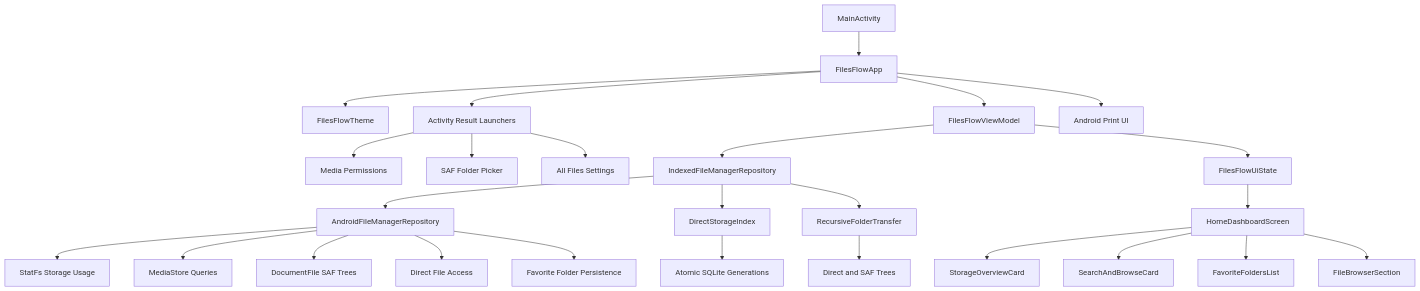
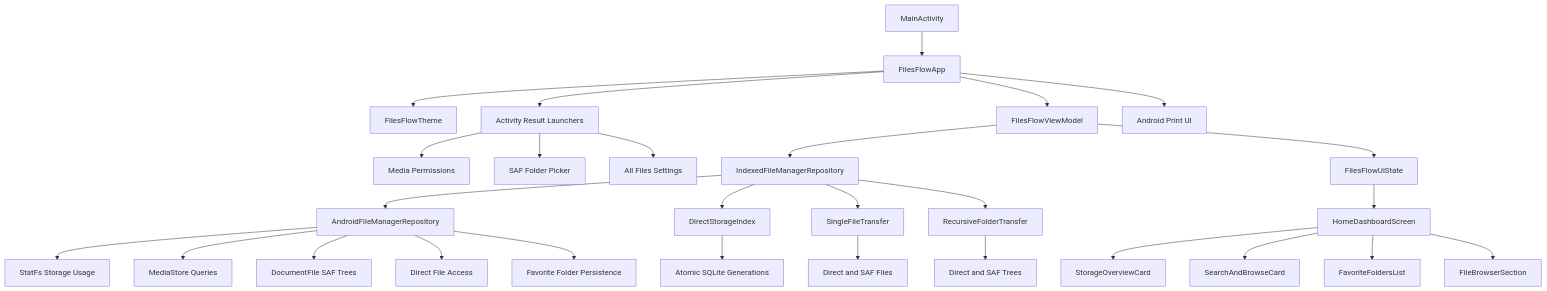
One commit to benclawbot/filesflow changed the diagram in README.md. Above: the diagram before and after it, drawn with Mermaid. The commit also changed other lines of this file, not shown here.

Commit message:
docs: document unified transfer guarantees

````diff
--- a/README.md
+++ b/README.md
@@ -29,28 +29,30 @@
 ```mermaid
 flowchart TD
     A["MainActivity"] --> B["FilesFlowApp"]
     B --> C["FilesFlowTheme"]
     B --> D["Activity Result Launchers"]
     D --> E["Media Permissions"]
     D --> F["SAF Folder Picker"]
     D --> G["All Files Settings"]
     B --> H["FilesFlowViewModel"]
     H --> I["IndexedFileManagerRepository"]
     I --> J["AndroidFileManagerRepository"]
     I --> K["DirectStorageIndex"]
-    I --> L["RecursiveFolderTransfer"]
-    K --> M["Atomic SQLite Generations"]
-    L --> N["Direct and SAF Trees"]
-    J --> O["StatFs Storage Usage"]
-    J --> P["MediaStore Queries"]
-    J --> Q["DocumentFile SAF Trees"]
-    J --> R["Direct File Access"]
-    J --> S["Favorite Folder Persistence"]
-    B --> T["Android Print UI"]
-    H --> U["FilesFlowUiState"]
-    U --> V["HomeDashboardScreen"]
-    V --> W["StorageOverviewCard"]
-    V --> X["SearchAndBrowseCard"]
-    V --> Y["FavoriteFoldersList"]
-    V --> Z["FileBrowserSection"]
+    I --> L["SingleFileTransfer"]
+    I --> M["RecursiveFolderTransfer"]
+    K --> N["Atomic SQLite Generations"]
+    L --> O["Direct and SAF Files"]
+    M --> P["Direct and SAF Trees"]
+    J --> Q["StatFs Storage Usage"]
+    J --> R["MediaStore Queries"]
+    J --> S["DocumentFile SAF Trees"]
+    J --> T["Direct File Access"]
+    J --> U["Favorite Folder Persistence"]
+    B --> V["Android Print UI"]
+    H --> W["FilesFlowUiState"]
+    W --> X["HomeDashboardScreen"]
+    X --> Y["StorageOverviewCard"]
+    X --> Z["SearchAndBrowseCard"]
+    X --> AA["FavoriteFoldersList"]
+    X --> AB["FileBrowserSection"]
 ```
````
